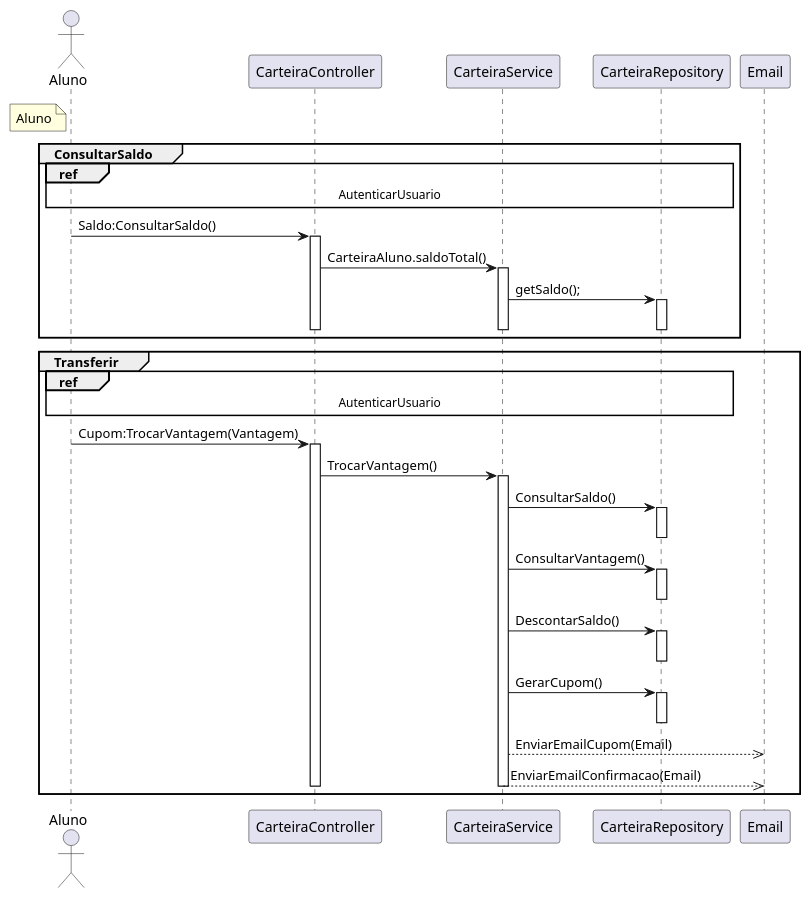
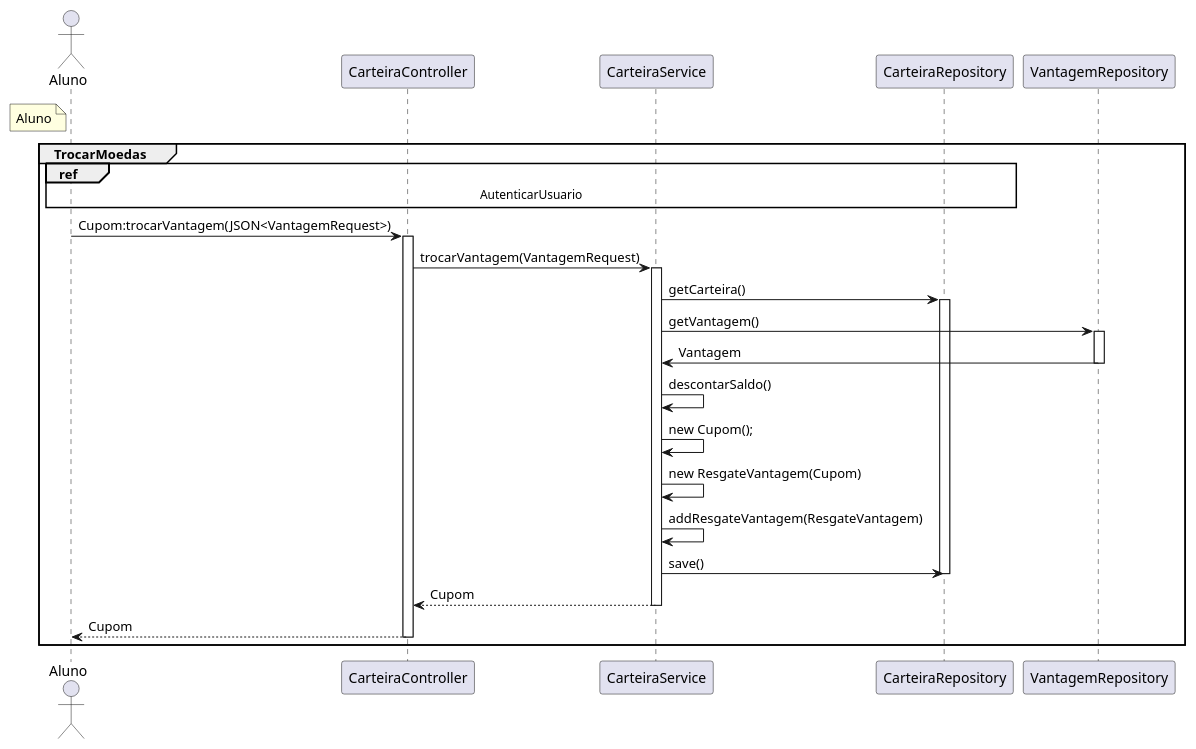
The diagram in laboratorio-4/sprint-3/projeto/plantuml/sequencia/Aluno.plantuml (G4BR-13-L/lab-desenvolvimento-de-software), drawn with PlantUML before and after one commit. The commit also changed 1 other file, not shown here.

Commit message:
Troca de moedas no diagrama

```diff
--- a/laboratorio-4/sprint-3/projeto/plantuml/sequencia/Aluno.plantuml
+++ b/laboratorio-4/sprint-3/projeto/plantuml/sequencia/Aluno.plantuml
@@ -1,61 +1,46 @@
 @startuml Aluno
 
 
 actor "Aluno" as Aluno
 note left of Aluno #LightYellow
     Aluno
 end note
 
 participant "CarteiraController" as CarteiraController
 participant "CarteiraService" as CarteiraService
 participant "CarteiraRepository" as CarteiraRepository
 
-group ConsultarSaldo
+group TrocarMoedas
     ref over Aluno,CarteiraController, CarteiraService, CarteiraRepository : AutenticarUsuario
-    Aluno -> CarteiraController : Saldo:ConsultarSaldo()
+    Aluno -> CarteiraController : Cupom:trocarVantagem(JSON<VantagemRequest>)
     activate CarteiraController
-    CarteiraController -> CarteiraService : CarteiraAluno.saldoTotal()
+    CarteiraController -> CarteiraService : trocarVantagem(VantagemRequest)
     activate CarteiraService
-    CarteiraService -> CarteiraRepository : getSaldo();
+    CarteiraService -> CarteiraRepository : getCarteira()
     activate CarteiraRepository
+    CarteiraService -> VantagemRepository : getVantagem()
+    activate VantagemRepository 
+    VantagemRepository -> CarteiraService : Vantagem
+    deactivate VantagemRepository
+    CarteiraService -> CarteiraService : descontarSaldo()
+    CarteiraService -> CarteiraService : new Cupom();
+    CarteiraService -> CarteiraService : new ResgateVantagem(Cupom)
+    CarteiraService -> CarteiraService : addResgateVantagem(ResgateVantagem)
+    CarteiraService -> CarteiraRepository : save() 
     deactivate CarteiraRepository
+    CarteiraService --> CarteiraController : Cupom
     deactivate CarteiraService
-    deactivate CarteiraController
-end
-
-
-
-group Transferir
-    ref over Aluno,CarteiraController, CarteiraService, CarteiraRepository : AutenticarUsuario
-    Aluno -> CarteiraController :  Cupom:TrocarVantagem(Vantagem)
-    activate CarteiraController
-    CarteiraController -> CarteiraService : TrocarVantagem()
-    activate CarteiraService
-    CarteiraService -> CarteiraRepository : ConsultarSaldo()
-    activate CarteiraRepository
-    deactivate CarteiraRepository
-    CarteiraService -> CarteiraRepository : ConsultarVantagem()
-    activate CarteiraRepository
-    deactivate  CarteiraRepository
-    CarteiraService -> CarteiraRepository : DescontarSaldo()
-    activate CarteiraRepository
-    deactivate CarteiraRepository
-    CarteiraService -> CarteiraRepository : GerarCupom()
-    activate CarteiraRepository
-    deactivate CarteiraRepository
-    CarteiraService -->> Email : EnviarEmailCupom(Email)
-    CarteiraService -->> Email : EnviarEmailConfirmacao(Email)
-    deactivate CarteiraService
+    CarteiraController --> Aluno : Cupom
     deactivate CarteiraController
 end
 
 
 
 
 
 ' --> Sincrono
 ' -->> Assincrono
 ' <-- Retorno Sincrono
 ' <<-- Retorno Assíncrono
 
 @enduml
```
